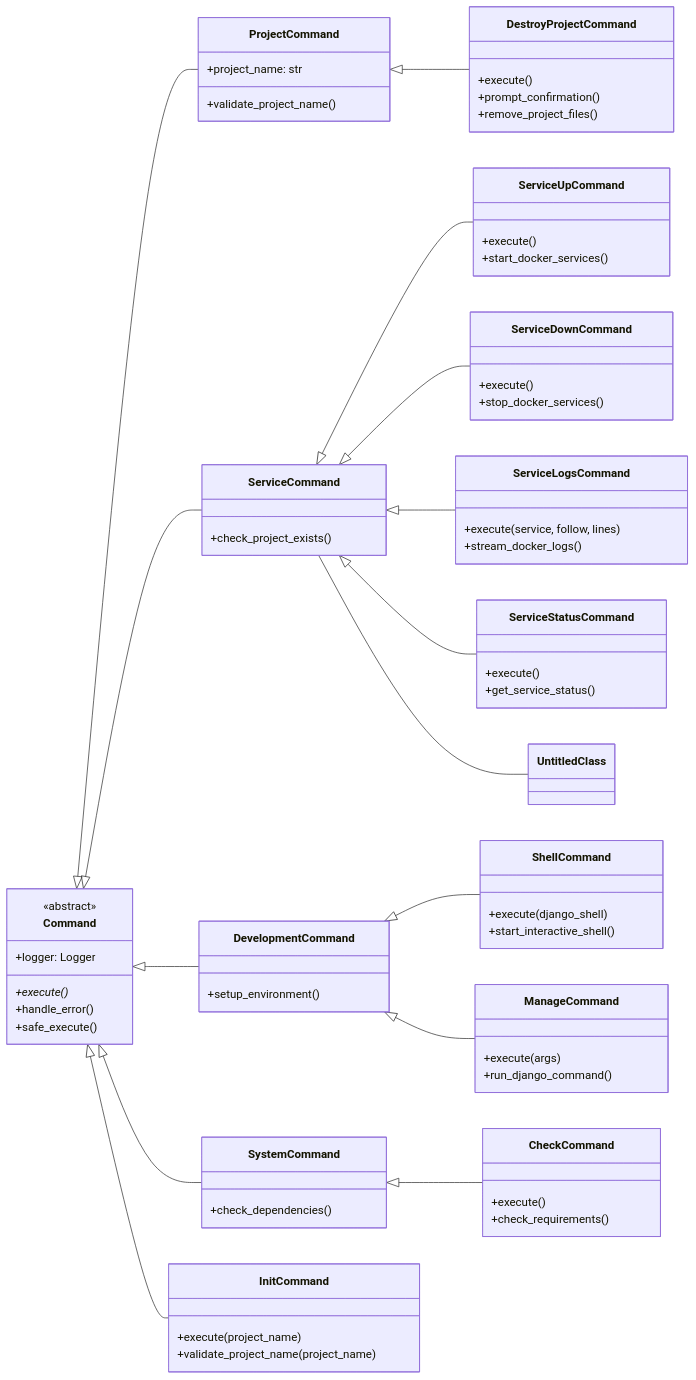
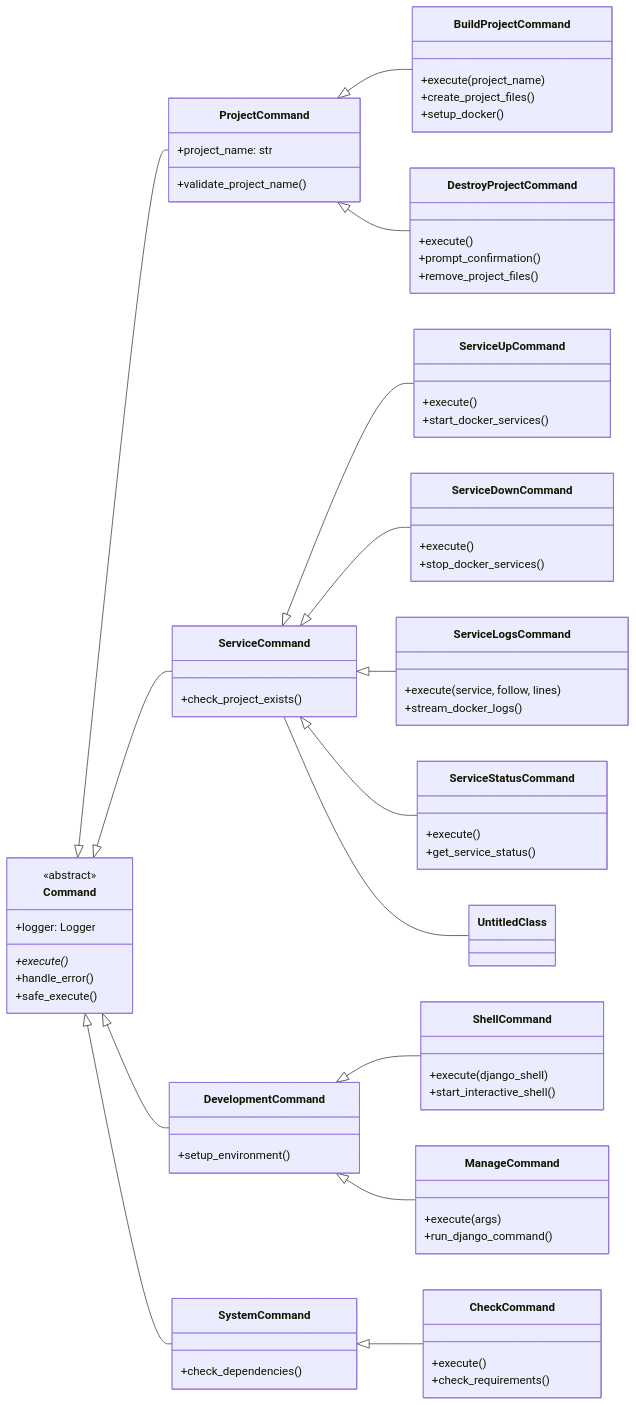
One commit to Experto-AI/quickscale changed the fourth of 6 diagrams in TECHNICAL_DOCS.md. Above: the diagram before and after it, drawn with Mermaid. The commit also changed other lines of this file and 248 other files, not shown here.

```diff
--- a/TECHNICAL_DOCS.md
+++ b/TECHNICAL_DOCS.md
@@ -537,71 +368,72 @@
 classDiagram
 direction LR
     class Command {
-        +logger: Logger
-        +execute()*
-        +handle_error()
-        +safe_execute()
+	    +logger: Logger
+	    +execute()*
+	    +handle_error()
+	    +safe_execute()
     }
     class ProjectCommand {
-        +project_name: str
-        +validate_project_name()
+	    +project_name: str
+	    +validate_project_name()
     }
     class ServiceCommand {
-        +check_project_exists()
+	    +check_project_exists()
     }
     class DevelopmentCommand {
-        +setup_environment()
+	    +setup_environment()
     }
     class SystemCommand {
-        +check_dependencies()
+	    +check_dependencies()
     }
-    class InitCommand {
-        +execute(project_name)
-        +validate_project_name(project_name)
+    class BuildProjectCommand {
+	    +execute(project_name)
+	    +create_project_files()
+	    +setup_docker()
     }
     class DestroyProjectCommand {
-        +execute()
-        +prompt_confirmation()
-        +remove_project_files()
+	    +execute()
+	    +prompt_confirmation()
+	    +remove_project_files()
     }
     class ServiceUpCommand {
-        +execute()
-        +start_docker_services()
+	    +execute()
+	    +start_docker_services()
     }
     class ServiceDownCommand {
-        +execute()
-        +stop_docker_services()
+	    +execute()
+	    +stop_docker_services()
     }
     class ServiceLogsCommand {
-        +execute(service, follow, lines)
-        +stream_docker_logs()
+	    +execute(service, follow, lines)
+	    +stream_docker_logs()
     }
     class ServiceStatusCommand {
-        +execute()
-        +get_service_status()
+	    +execute()
+	    +get_service_status()
     }
     class ShellCommand {
-        +execute(django_shell)
-        +start_interactive_shell()
+	    +execute(django_shell)
+	    +start_interactive_shell()
     }
     class ManageCommand {
-        +execute(args)
-        +run_django_command()
+	    +execute(args)
+	    +run_django_command()
     }
     class CheckCommand {
-        +execute()
-        +check_requirements()
+	    +execute()
+	    +check_requirements()
     }
     class UntitledClass {
     }
 
-    <<abstract>> Command
+	<<abstract>> Command
 
     Command <|-- ProjectCommand
     Command <|-- ServiceCommand
     Command <|-- DevelopmentCommand
     Command <|-- SystemCommand
-    Command <|-- InitCommand
+    ProjectCommand <|-- BuildProjectCommand
     ProjectCommand <|-- DestroyProjectCommand
     ServiceCommand <|-- ServiceUpCommand
     ServiceCommand <|-- ServiceDownCommand
```
